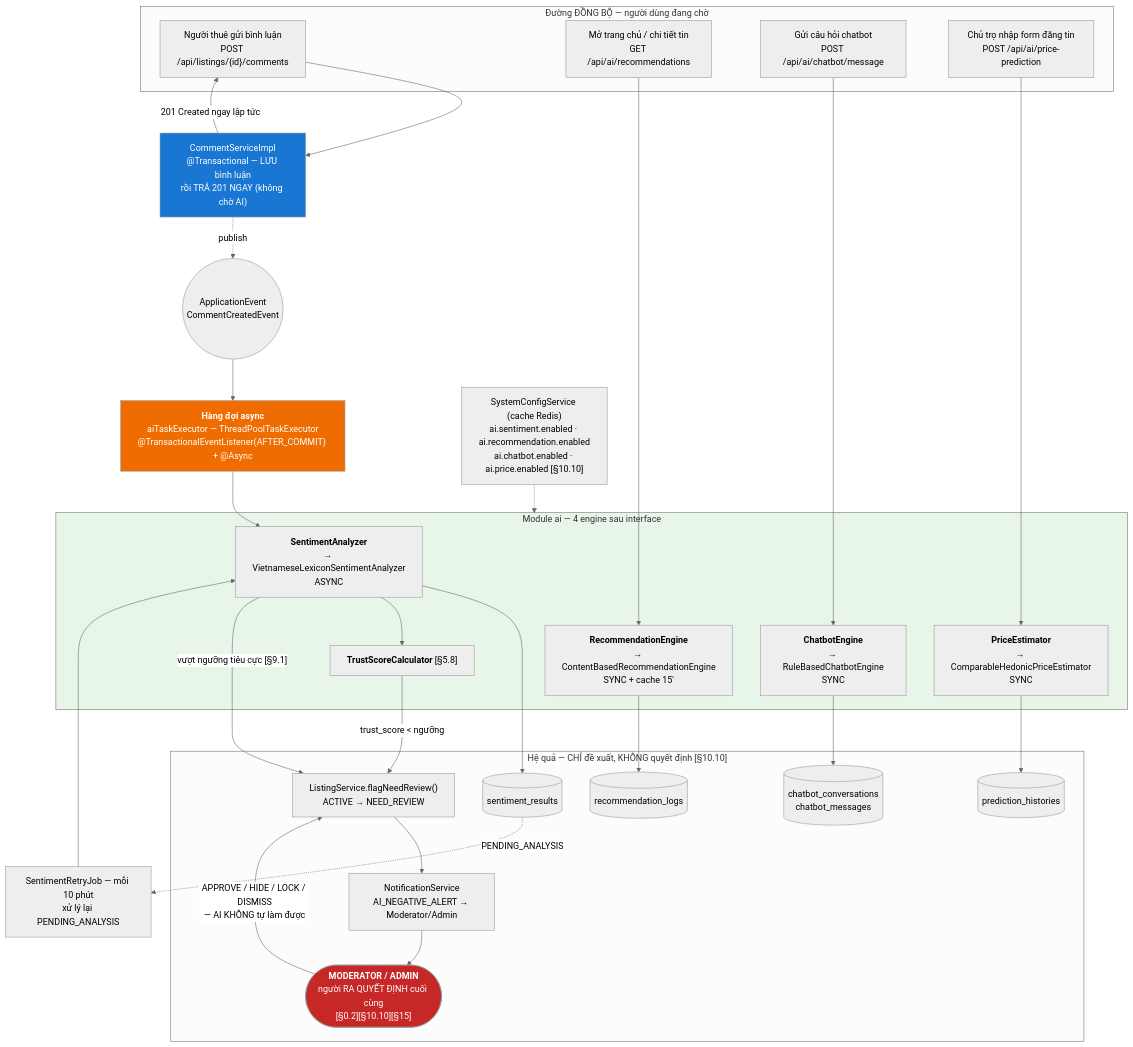
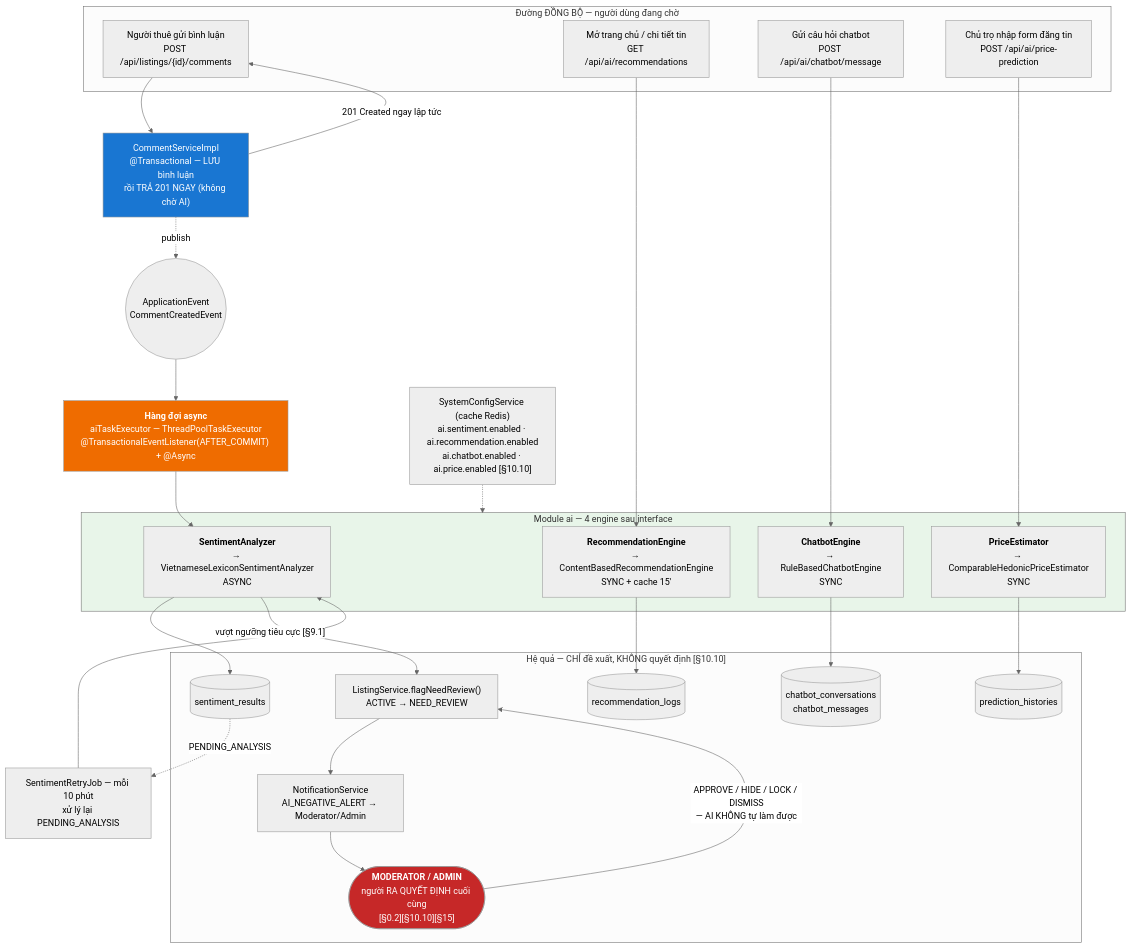
The tenth of 14 diagrams in DOANTOTNGHIEP/docs/01_KIEN_TRUC_HE_THONG.md (hoanxsyp/DoAnTotNghiep_Web), drawn with Mermaid (neutral theme) before and after one commit. The commit also changed other lines of this file and 8 other files, not shown here.

````diff
--- a/DOANTOTNGHIEP/docs/01_KIEN_TRUC_HE_THONG.md
+++ b/DOANTOTNGHIEP/docs/01_KIEN_TRUC_HE_THONG.md
@@ -1357,63 +1354,60 @@
 ```mermaid
 graph TB
     subgraph SYNC["Đường ĐỒNG BỘ — người dùng đang chờ"]
         UI1["Người thuê gửi bình luận<br/>POST /api/listings/{id}/comments"]
         UI2["Mở trang chủ / chi tiết tin<br/>GET /api/ai/recommendations"]
         UI3["Gửi câu hỏi chatbot<br/>POST /api/ai/chatbot/message"]
         UI4["Chủ trọ nhập form đăng tin<br/>POST /api/ai/price-prediction"]
     end
 
     CS["CommentServiceImpl<br/>@Transactional — LƯU bình luận<br/>rồi TRẢ 201 NGAY (không chờ AI)"]
     EV(("ApplicationEvent<br/>CommentCreatedEvent"))
     Q["<b>Hàng đợi async</b><br/>aiTaskExecutor — ThreadPoolTaskExecutor<br/>@TransactionalEventListener(AFTER_COMMIT) + @Async"]
 
     subgraph AIMOD["Module ai — 4 engine sau interface"]
         SA["<b>SentimentAnalyzer</b><br/>→ VietnameseLexiconSentimentAnalyzer<br/>ASYNC"]
         RE["<b>RecommendationEngine</b><br/>→ ContentBasedRecommendationEngine<br/>SYNC + cache 15'"]
         CB["<b>ChatbotEngine</b><br/>→ RuleBasedChatbotEngine<br/>SYNC"]
         PE["<b>PriceEstimator</b><br/>→ ComparableHedonicPriceEstimator<br/>SYNC"]
-        TSC["<b>TrustScoreCalculator</b> [§5.8]"]
     end
 
     subgraph OUT["Hệ quả — CHỈ đề xuất, KHÔNG quyết định [§10.10]"]
         SR[("sentiment_results")]
         RL[("recommendation_logs")]
         PH[("prediction_histories")]
         CC[("chatbot_conversations<br/>chatbot_messages")]
         FLAG["ListingService.flagNeedReview()<br/>ACTIVE → NEED_REVIEW"]
         NOTI["NotificationService<br/>AI_NEGATIVE_ALERT → Moderator/Admin"]
         HUMAN(["<b>MODERATOR / ADMIN</b><br/>người RA QUYẾT ĐỊNH cuối cùng<br/>[§0.2][§10.10][§15]"])
     end
 
     RETRY["SentimentRetryJob — mỗi 10 phút<br/>xử lý lại PENDING_ANALYSIS"]
     CFG["SystemConfigService (cache Redis)<br/>ai.sentiment.enabled · ai.recommendation.enabled<br/>ai.chatbot.enabled · ai.price.enabled [§10.10]"]
 
     UI1 --> CS
     CS -->|"201 Created ngay lập tức"| UI1
     CS -.->|publish| EV
     EV --> Q
     Q --> SA
     UI2 --> RE
     UI3 --> CB
     UI4 --> PE
 
     SA --> SR
-    SA --> TSC
     RE --> RL
     CB --> CC
     PE --> PH
-    TSC -->|"trust_score < ngưỡng"| FLAG
     SA -->|"vượt ngưỡng tiêu cực [§9.1]"| FLAG
     FLAG --> NOTI
     NOTI --> HUMAN
     HUMAN -->|"APPROVE / HIDE / LOCK / DISMISS<br/>— AI KHÔNG tự làm được"| FLAG
 
     SR -.->|"PENDING_ANALYSIS"| RETRY
     RETRY --> SA
     CFG -.-> AIMOD
 
     style HUMAN fill:#c62828,color:#fff
     style Q fill:#ef6c00,color:#fff
     style CS fill:#1976d2,color:#fff
     style AIMOD fill:#e8f5e9
 ```
````
